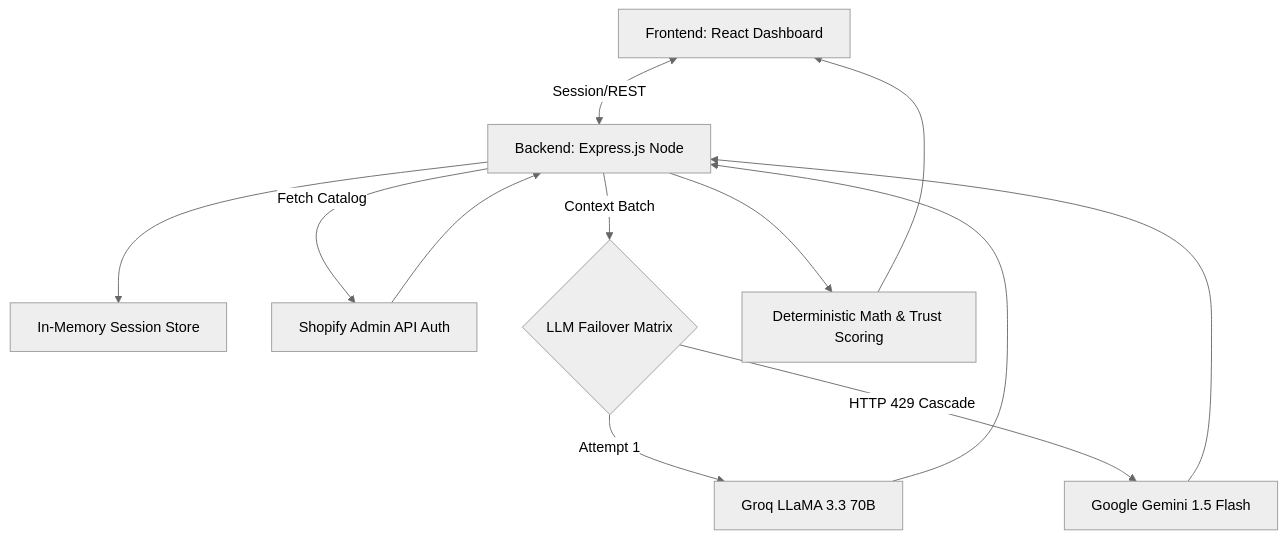
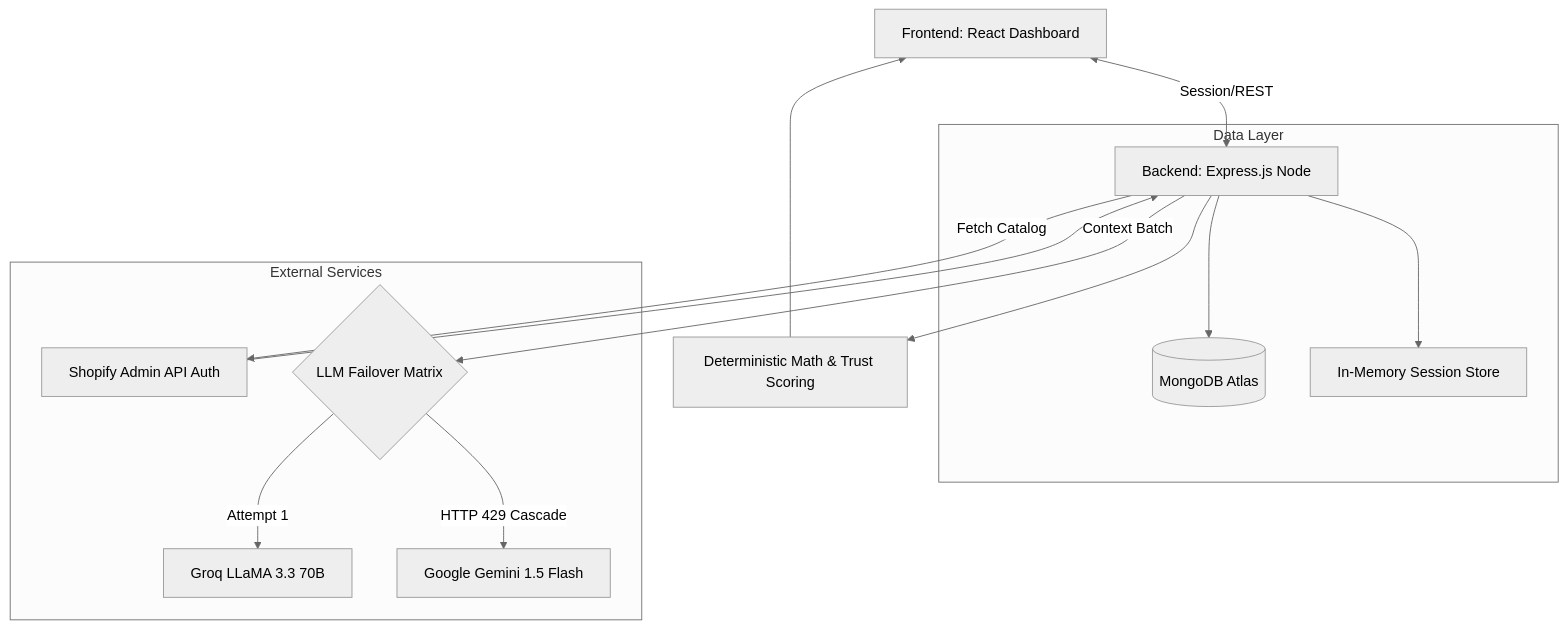
Before and after one commit to MohanaDharshini2006/SalesIQ: the diagram in README.md, drawn with Mermaid (neutral theme). The commit also changed other lines of this file and 22 other files, not shown here.

````diff
--- a/README.md
+++ b/README.md
@@ -52,17 +53,21 @@
 ```mermaid
 graph TD
     UI[Frontend: React Dashboard] <--> |Session/REST| API[Backend: Express.js Node]
-    API --> Mem[In-Memory Session Store]
     
-    API -->|Fetch Catalog| SH[Shopify Admin API Auth]
-    SH --> API
+    subgraph Data Layer
+        API --> DB[(MongoDB Atlas)]
+        API --> Mem[In-Memory Session Store]
+    end
     
-    API --> |Context Batch| AI{LLM Failover Matrix}
-    AI --> |Attempt 1| Groq[Groq LLaMA 3.3 70B]
-    AI --> |HTTP 429 Cascade| Gem[Google Gemini 1.5 Flash]
+    subgraph External Services
+        API -->|Fetch Catalog| SH[Shopify Admin API Auth]
+        SH --> API
+        
+        API --> |Context Batch| AI{LLM Failover Matrix}
+        AI --> |Attempt 1| Groq[Groq LLaMA 3.3 70B]
+        AI --> |HTTP 429 Cascade| Gem[Google Gemini 1.5 Flash]
+    end
     
-    Groq --> API
-    Gem --> API
     API --> Logic[Deterministic Math & Trust Scoring]
     Logic --> UI
 ```
````
